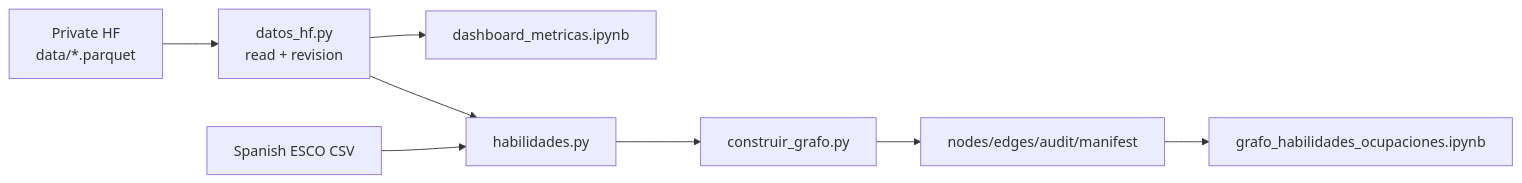
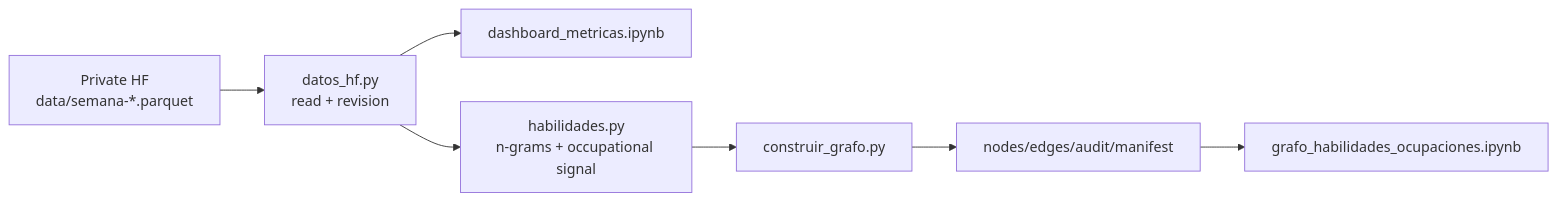
The eighth of 8 diagrams in docs/architecture.en.md (shalom-A26/SEXTANTE), drawn with Mermaid before and after one commit. The commit also changed other lines of this file and 9 other files, not shown here.

````diff
--- a/docs/architecture.en.md
+++ b/docs/architecture.en.md
@@ -383,10 +401,9 @@
 ```mermaid
 flowchart LR
-    hf["Private HF<br/>data/*.parquet"] --> access["datos_hf.py<br/>read + revision"]
+    hf["Private HF<br/>data/semana-*.parquet"] --> access["datos_hf.py<br/>read + revision"]
     access --> dashboard["dashboard_metricas.ipynb"]
-    access --> extractor["habilidades.py"]
-    esco["Spanish ESCO CSV"] --> extractor
+    access --> extractor["habilidades.py<br/>n-grams + occupational signal"]
     extractor --> builder["construir_grafo.py"]
     builder --> artifacts["nodes/edges/audit/manifest"]
     artifacts --> network["grafo_habilidades_ocupaciones.ipynb"]
 ```
````
